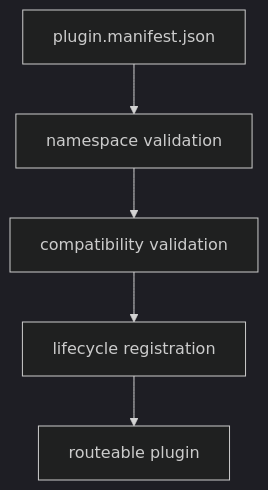
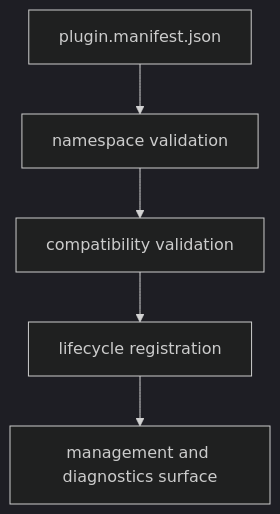
The second of 2 diagrams in docs/07-contracts/plugin-contracts.md (bijux/bijux-cli), drawn with Mermaid (dark theme) before and after one commit. The commit also changed other lines of this file and 3 other files, not shown here.

Commit message:
docs(plugins): align the canon with the live management surface

````diff
--- a/docs/07-contracts/plugin-contracts.md
+++ b/docs/07-contracts/plugin-contracts.md
@@ -22,7 +22,7 @@
 ```mermaid
 flowchart TD
     A[plugin.manifest.json] --> B[namespace validation]
     B --> C[compatibility validation]
     C --> D[lifecycle registration]
-    D --> E[routeable plugin]
+    D --> E[management and diagnostics surface]
 ```
````
